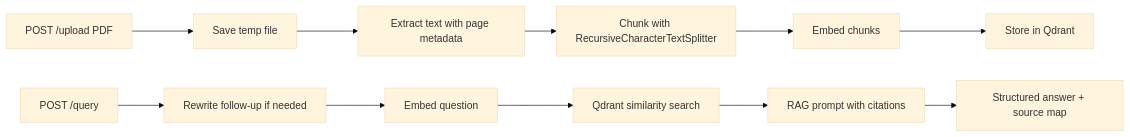
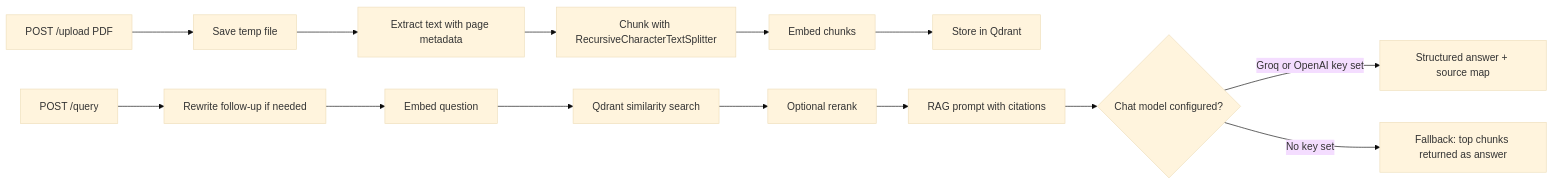
The diagram in README.md (Muhammad-Ahmad-Faizan/RAG-Knowledge-Assistant), drawn with Mermaid (base theme) before and after one commit. The commit also changed other lines of this file and 10 other files, not shown here.

````diff
--- a/README.md
+++ b/README.md
@@ -7,13 +7,16 @@
 ```mermaid
 flowchart LR
     A[POST /upload PDF] --> B[Save temp file]
     B --> C[Extract text with page metadata]
     C --> D[Chunk with RecursiveCharacterTextSplitter]
     D --> E[Embed chunks]
     E --> F[Store in Qdrant]
     G[POST /query] --> H[Rewrite follow-up if needed]
     H --> I[Embed question]
     I --> J[Qdrant similarity search]
-    J --> K[RAG prompt with citations]
-    K --> L[Structured answer + source map]
+    J --> K2[Optional rerank]
+    K2 --> K[RAG prompt with citations]
+    K --> M{Chat model configured?}
+    M -->|Groq or OpenAI key set| L[Structured answer + source map]
+    M -->|No key set| N[Fallback: top chunks returned as answer]
 ```
````
